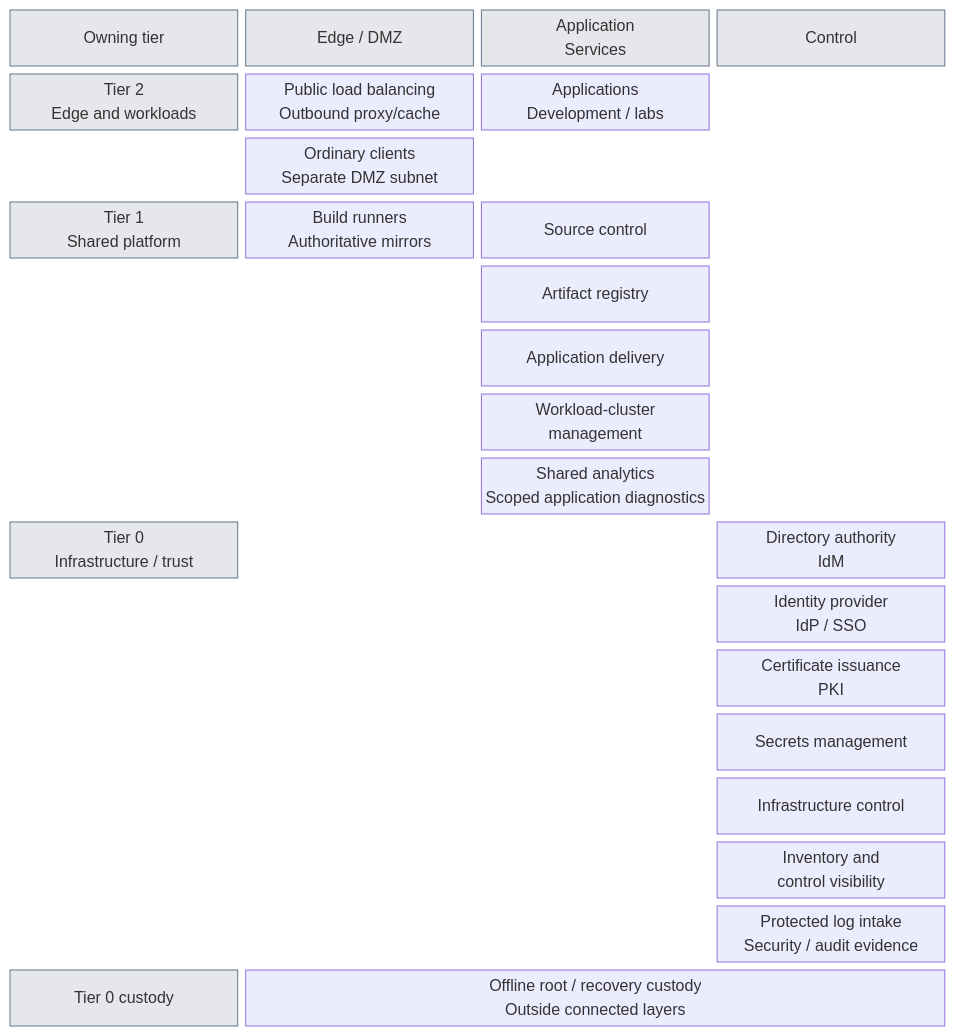
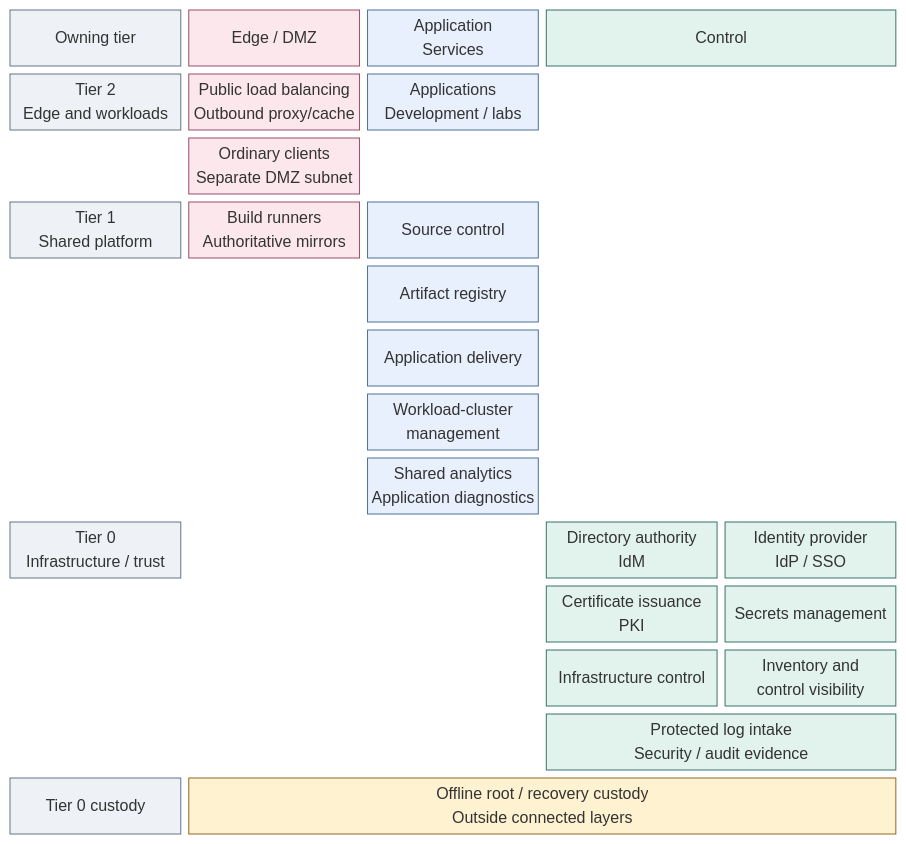
Before and after one commit to Rexus/homelab: the first of 3 diagrams in docs/architecture/README.md, drawn with Mermaid. The commit also changed other lines of this file and 49 other files, not shown here.

Commit message:
docs(diagrams): clarify tier layouts and visual styles

````diff
--- a/docs/architecture/README.md
+++ b/docs/architecture/README.md
@@ -53,31 +53,36 @@
 ```mermaid
 block-beta
-  columns 4
-  Ownership["Owning tier"] Edge["Edge / DMZ"] Application["Application<br/>Services"] Control["Control"]
+  columns 5
+  Ownership["Owning tier"] Edge["Edge / DMZ"] Application["Application<br/>Services"] Control["Control"]:2
   T2["Tier 2<br/>Edge and workloads"]
   PublicEdge["Public load balancing<br/>Outbound proxy/cache"]
   Workloads["Applications<br/>Development / labs"]
-  space
-  space Clients["Ordinary clients<br/>Separate DMZ subnet"] space:2
+  space:2
+  space Clients["Ordinary clients<br/>Separate DMZ subnet"] space:3
   T1["Tier 1<br/>Shared platform"]
   Publication["Build runners<br/>Authoritative mirrors"]
-  Source["Source control"]
-  space
-  space:2 Artifacts["Artifact registry"] space
-  space:2 Delivery["Application delivery"] space
-  space:2 WorkloadManagement["Workload-cluster<br/>management"] space
-  space:2 Analytics["Shared analytics<br/>Scoped application diagnostics"] space
+  Source["Source control"] space:2
+  space:2 Artifacts["Artifact registry"] space:2
+  space:2 Delivery["Application delivery"] space:2
+  space:2 WorkloadManagement["Workload-cluster<br/>management"] space:2
+  space:2 Analytics["Shared analytics<br/>Application diagnostics"] space:2
   T0["Tier 0<br/>Infrastructure / trust"]
   space:2
-  IdM["Directory authority<br/>IdM"]
-  space:3 IdP["Identity provider<br/>IdP / SSO"]
-  space:3 PKI["Certificate issuance<br/>PKI"]
-  space:3 Secrets["Secrets management"]
-  space:3 Infrastructure["Infrastructure control"]
-  space:3 Operations["Inventory and<br/>control visibility"]
-  space:3 Evidence["Protected log intake<br/>Security / audit evidence"]
+  IdM["Directory authority<br/>IdM"] IdP["Identity provider<br/>IdP / SSO"]
+  space:3 PKI["Certificate issuance<br/>PKI"] Secrets["Secrets management"]
+  space:3 Infrastructure["Infrastructure control"] Operations["Inventory and<br/>control visibility"]
+  space:3 Evidence["Protected log intake<br/>Security / audit evidence"]:2
   Custodians["Tier 0 custody"]
-  Offline["Offline root / recovery custody<br/>Outside connected layers"]:3
-  classDef axis fill:#e5e7eb,stroke:#64748b,color:#111827
-  class Ownership,Edge,Application,Control,T2,T1,T0,Custodians axis
+  Offline["Offline root / recovery custody<br/>Outside connected layers"]:4
+  classDef default fill:#f8fafc,stroke:#64748b,color:#1f2937
+  classDef boundary fill:#eef2f6,stroke:#64748b,color:#1f2937
+  classDef edge fill:#fce8ec,stroke:#9b4d67,color:#502638
+  classDef services fill:#e7f0fc,stroke:#4d719b,color:#203a5b
+  classDef control fill:#e2f3ed,stroke:#397366,color:#173f36
+  classDef custody fill:#fff2d1,stroke:#926820,color:#584013
+  class Ownership,T2,T1,T0,Custodians boundary
+  class Edge,PublicEdge,Clients,Publication edge
+  class Application,Workloads,Source,Artifacts,Delivery,WorkloadManagement,Analytics services
+  class Control,IdM,IdP,PKI,Secrets,Infrastructure,Operations,Evidence control
+  class Offline custody
 ```
````
